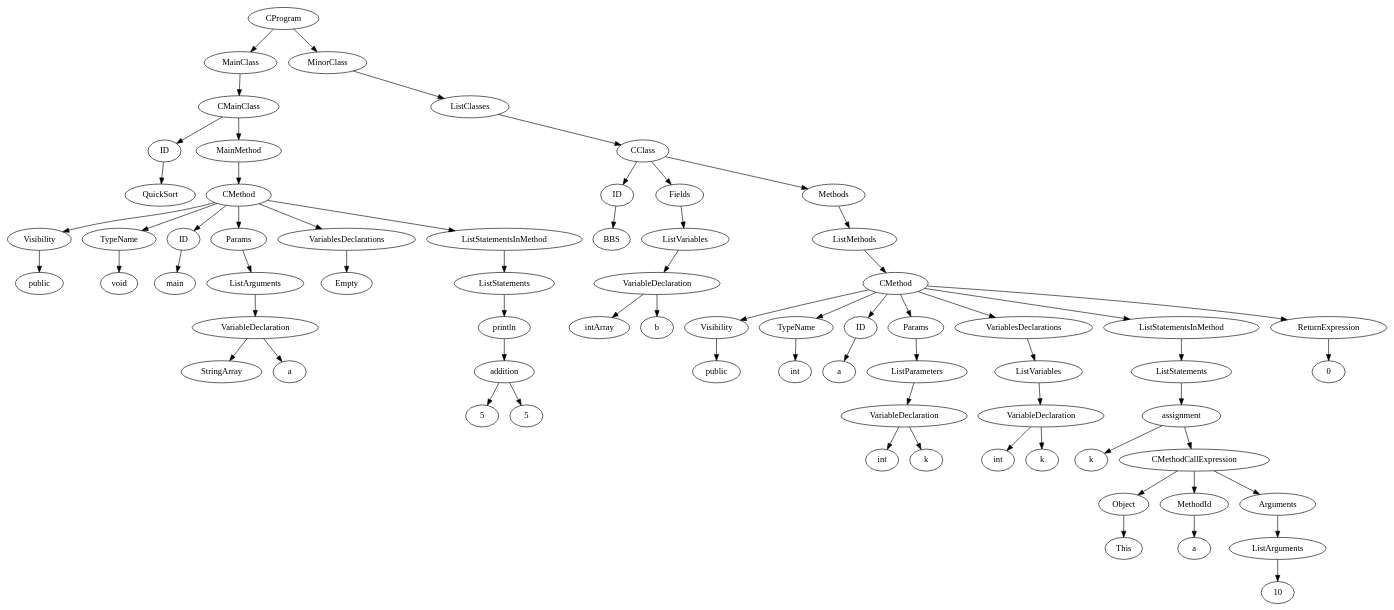
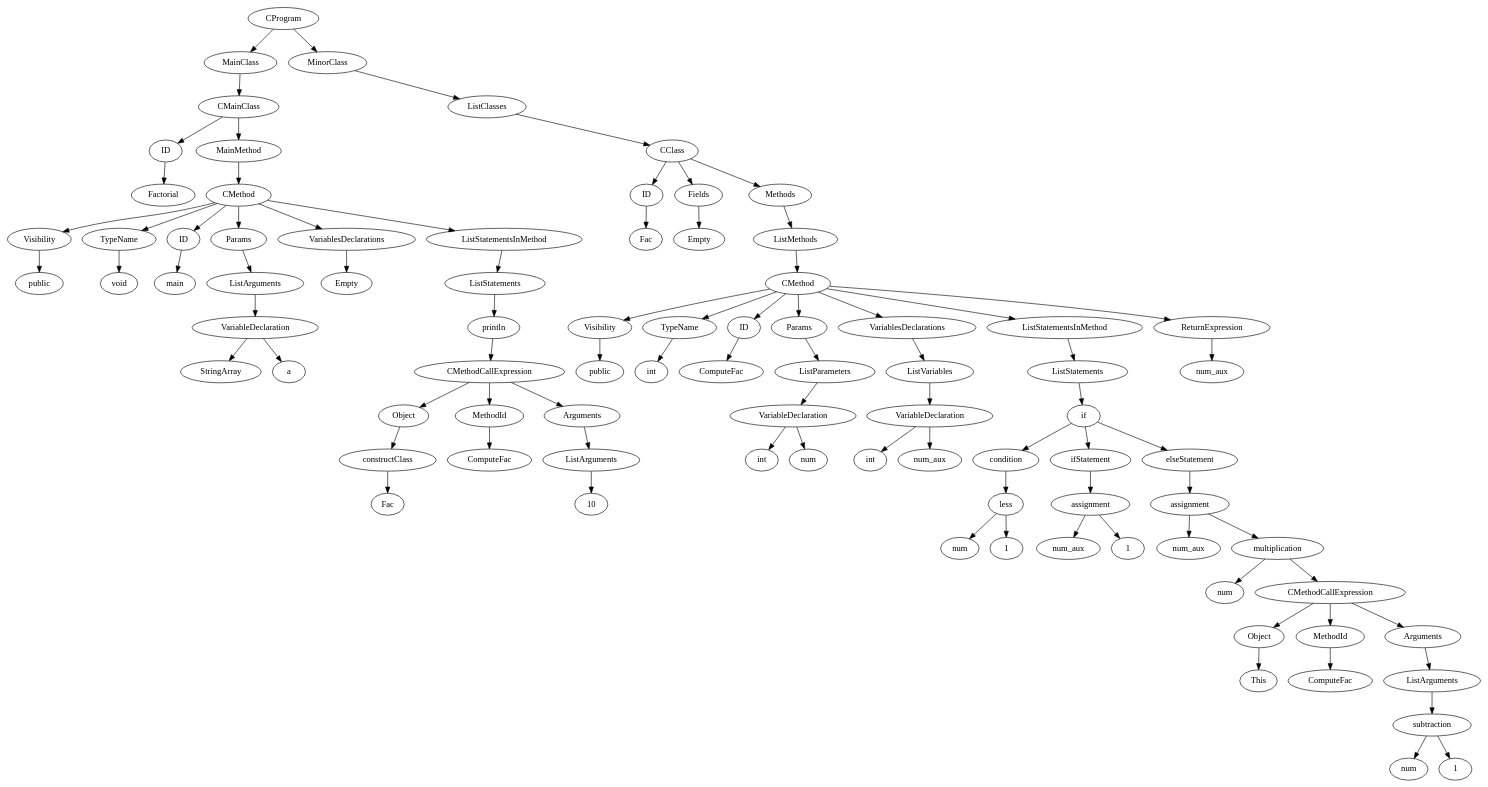
Before and after one commit to krivchnik/ProtivoGaZiK: the diagram in graph.dot, drawn with Graphviz. The commit also changed 8 other files, not shown here.

```diff
--- a/graph.dot
+++ b/graph.dot
@@ -1,37 +1,49 @@
 digraph task1 {
-	{CProgramA1[label="CProgram"]} -> {MainClassA1[label="MainClass"]} -> {CMainClassA2[label="CMainClass"]} -> {IDA2[label="ID"]} -> {A3[label="QuickSort"]};
+	{CProgramA1[label="CProgram"]} -> {MainClassA1[label="MainClass"]} -> {CMainClassA2[label="CMainClass"]} -> {IDA2[label="ID"]} -> {A3[label="Factorial"]};
 	{CMainClassA2[label="CMainClass"]} -> {MainMethodA2[label="MainMethod"]} -> {CMethodA4[label="CMethod"]} -> {VisibilityA4[label="Visibility"]} -> {publicA4[label="public"]};
 	{CMethodA4[label="CMethod"]} -> {TypeNameA4[label="TypeName"]} -> {voidA4[label="void"]};
 	{CMethodA4[label="CMethod"]} -> {IDA4[label="ID"]} -> {A5[label="main"]};
 	{CMethodA4[label="CMethod"]} -> {ParamsA4[label="Params"]} -> {ListA6[label="ListArguments"]} -> {VariableDeclarationA7[label="VariableDeclaration"]} -> {StringArrayA8[label="StringArray"]};
 	{VariableDeclarationA7[label="VariableDeclaration"]} -> {aA9[label="a"]};
 	{CMethodA4[label="CMethod"]} -> {VariablesDeclarationsA4[label="VariablesDeclarations"]} -> {EmptyA10[label="Empty"]};
-	{CMethodA4[label="CMethod"]} -> {ListStatementsInMethodA4[label="ListStatementsInMethod"]} -> {ListA11[label="ListStatements"]} -> {printlnA12[label="println"]} -> {additionA13[label="addition"]} -> {NumberA14[label="5"]};
-	{additionA13[label="addition"]} -> {NumberA15[label="5"]};
-	{CProgramA1[label="CProgram"]} -> {MinorClassA1[label="MinorClass"]} -> {ListA16[label="ListClasses"]} -> {CClassA17[label="CClass"]} -> {IDA17[label="ID"]} -> {A18[label="BBS"]};
-	{CClassA17[label="CClass"]} -> {FieldsA17[label="Fields"]} -> {ListA19[label="ListVariables"]} -> {VariableDeclarationA20[label="VariableDeclaration"]} -> {intArrayA21[label="intArray"]};
-	{VariableDeclarationA20[label="VariableDeclaration"]} -> {bA22[label="b"]};
-	{CClassA17[label="CClass"]} -> {MethodsA17[label="Methods"]} -> {ListA23[label="ListMethods"]} -> {CMethodA24[label="CMethod"]} -> {VisibilityA24[label="Visibility"]} -> {publicA24[label="public"]};
-	{CMethodA24[label="CMethod"]} -> {TypeNameA24[label="TypeName"]} -> {intA24[label="int"]};
-	{CMethodA24[label="CMethod"]} -> {IDA24[label="ID"]} -> {A25[label="a"]};
-	{CMethodA24[label="CMethod"]} -> {ParamsA24[label="Params"]} -> {ListA26[label="ListParameters"]} -> {VariableDeclarationA27[label="VariableDeclaration"]} -> {intA28[label="int"]};
-	{VariableDeclarationA27[label="VariableDeclaration"]} -> {kA29[label="k"]};
-	{CMethodA24[label="CMethod"]} -> {VariablesDeclarationsA24[label="VariablesDeclarations"]} -> {ListA30[label="ListVariables"]} -> {VariableDeclarationA31[label="VariableDeclaration"]} -> {intA32[label="int"]};
-	{VariableDeclarationA31[label="VariableDeclaration"]} -> {kA33[label="k"]};
-	{CMethodA24[label="CMethod"]} -> {ListStatementsInMethodA24[label="ListStatementsInMethod"]} -> {ListA34[label="ListStatements"]} -> {assignmentA35[label="assignment"]} -> {A36[label="k"]};
-	{assignmentA35[label="assignment"]} -> {CMethodCallExpressionA37[label="CMethodCallExpression"]} -> {ObjectA37[label="Object"]} -> {ThisA38[label="This"]};
-	{CMethodCallExpressionA37[label="CMethodCallExpression"]} -> {MethodIdA37[label="MethodId"]} -> {A39[label="a"]};
-	{CMethodCallExpressionA37[label="CMethodCallExpression"]} -> {ArgumentsA37[label="Arguments"]} -> {ListA40[label="ListArguments"]} -> {NumberA41[label="10"]};
-	{CMethodA24[label="CMethod"]} -> {ReturnExpressionA24[label="ReturnExpression"]} -> {NumberA42[label="0"]};
-	{A3[label="QuickSort"]} [shape=box];
+	{CMethodA4[label="CMethod"]} -> {ListStatementsInMethodA4[label="ListStatementsInMethod"]} -> {ListA11[label="ListStatements"]} -> {printlnA12[label="println"]} -> {CMethodCallExpressionA13[label="CMethodCallExpression"]} -> {ObjectA13[label="Object"]} -> {constructClassA14[label="constructClass"]} -> {FacA14[label="Fac"]};
+	{CMethodCallExpressionA13[label="CMethodCallExpression"]} -> {MethodIdA13[label="MethodId"]} -> {A15[label="ComputeFac"]};
+	{CMethodCallExpressionA13[label="CMethodCallExpression"]} -> {ArgumentsA13[label="Arguments"]} -> {ListA16[label="ListArguments"]} -> {NumberA17[label="10"]};
+	{CProgramA1[label="CProgram"]} -> {MinorClassA1[label="MinorClass"]} -> {ListA18[label="ListClasses"]} -> {CClassA19[label="CClass"]} -> {IDA19[label="ID"]} -> {A20[label="Fac"]};
+	{CClassA19[label="CClass"]} -> {FieldsA19[label="Fields"]} -> {EmptyA21[label="Empty"]};
+	{CClassA19[label="CClass"]} -> {MethodsA19[label="Methods"]} -> {ListA22[label="ListMethods"]} -> {CMethodA23[label="CMethod"]} -> {VisibilityA23[label="Visibility"]} -> {publicA23[label="public"]};
+	{CMethodA23[label="CMethod"]} -> {TypeNameA23[label="TypeName"]} -> {intA23[label="int"]};
+	{CMethodA23[label="CMethod"]} -> {IDA23[label="ID"]} -> {A24[label="ComputeFac"]};
+	{CMethodA23[label="CMethod"]} -> {ParamsA23[label="Params"]} -> {ListA25[label="ListParameters"]} -> {VariableDeclarationA26[label="VariableDeclaration"]} -> {intA27[label="int"]};
+	{VariableDeclarationA26[label="VariableDeclaration"]} -> {numA28[label="num"]};
+	{CMethodA23[label="CMethod"]} -> {VariablesDeclarationsA23[label="VariablesDeclarations"]} -> {ListA29[label="ListVariables"]} -> {VariableDeclarationA30[label="VariableDeclaration"]} -> {intA31[label="int"]};
+	{VariableDeclarationA30[label="VariableDeclaration"]} -> {num_auxA32[label="num_aux"]};
+	{CMethodA23[label="CMethod"]} -> {ListStatementsInMethodA23[label="ListStatementsInMethod"]} -> {ListA33[label="ListStatements"]} -> {ifA34[label="if"]} -> {conditionA34[label="condition"]} -> {lessA35[label="less"]} -> {A36[label="num"]};
+	{lessA35[label="less"]} -> {NumberA37[label="1"]};
+	{ifA34[label="if"]} -> {ifStatementA34[label="ifStatement"]} -> {assignmentA38[label="assignment"]} -> {A39[label="num_aux"]};
+	{assignmentA38[label="assignment"]} -> {NumberA40[label="1"]};
+	{ifA34[label="if"]} -> {elseStatementA34[label="elseStatement"]} -> {assignmentA41[label="assignment"]} -> {A42[label="num_aux"]};
+	{assignmentA41[label="assignment"]} -> {multiplicationA43[label="multiplication"]} -> {A44[label="num"]};
+	{multiplicationA43[label="multiplication"]} -> {CMethodCallExpressionA45[label="CMethodCallExpression"]} -> {ObjectA45[label="Object"]} -> {ThisA46[label="This"]};
+	{CMethodCallExpressionA45[label="CMethodCallExpression"]} -> {MethodIdA45[label="MethodId"]} -> {A47[label="ComputeFac"]};
+	{CMethodCallExpressionA45[label="CMethodCallExpression"]} -> {ArgumentsA45[label="Arguments"]} -> {ListA48[label="ListArguments"]} -> {subtractionA49[label="subtraction"]} -> {A50[label="num"]};
+	{subtractionA49[label="subtraction"]} -> {NumberA51[label="1"]};
+	{CMethodA23[label="CMethod"]} -> {ReturnExpressionA23[label="ReturnExpression"]} -> {A52[label="num_aux"]};
+	{A3[label="Factorial"]} [shape=box];
 	{A5[label="main"]} [shape=box];
-	{NumberA14[label="5"]} [shape=box];
-	{NumberA15[label="5"]} [shape=box];
-	{A18[label="BBS"]} [shape=box];
-	{A25[label="a"]} [shape=box];
-	{A36[label="k"]} [shape=box];
-	{ThisA38[label="This"]} [shape=box];
-	{A39[label="a"]} [shape=box];
-	{NumberA41[label="10"]} [shape=box];
-	{NumberA42[label="0"]} [shape=box];
+	{A15[label="ComputeFac"]} [shape=box];
+	{NumberA17[label="10"]} [shape=box];
+	{A20[label="Fac"]} [shape=box];
+	{A24[label="ComputeFac"]} [shape=box];
+	{A36[label="num"]} [shape=box];
+	{NumberA37[label="1"]} [shape=box];
+	{A39[label="num_aux"]} [shape=box];
+	{NumberA40[label="1"]} [shape=box];
+	{A42[label="num_aux"]} [shape=box];
+	{A44[label="num"]} [shape=box];
+	{ThisA46[label="This"]} [shape=box];
+	{A47[label="ComputeFac"]} [shape=box];
+	{A50[label="num"]} [shape=box];
+	{NumberA51[label="1"]} [shape=box];
+	{A52[label="num_aux"]} [shape=box];
 }
```
